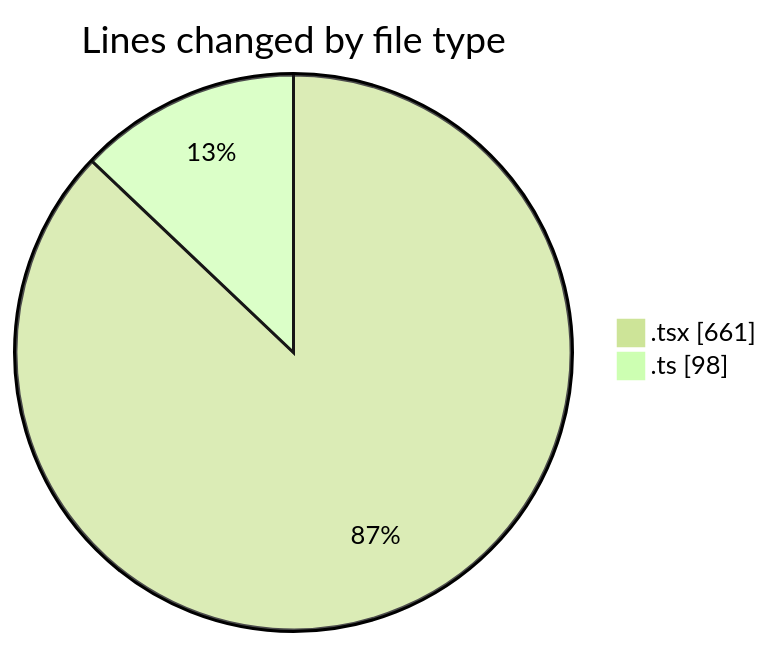
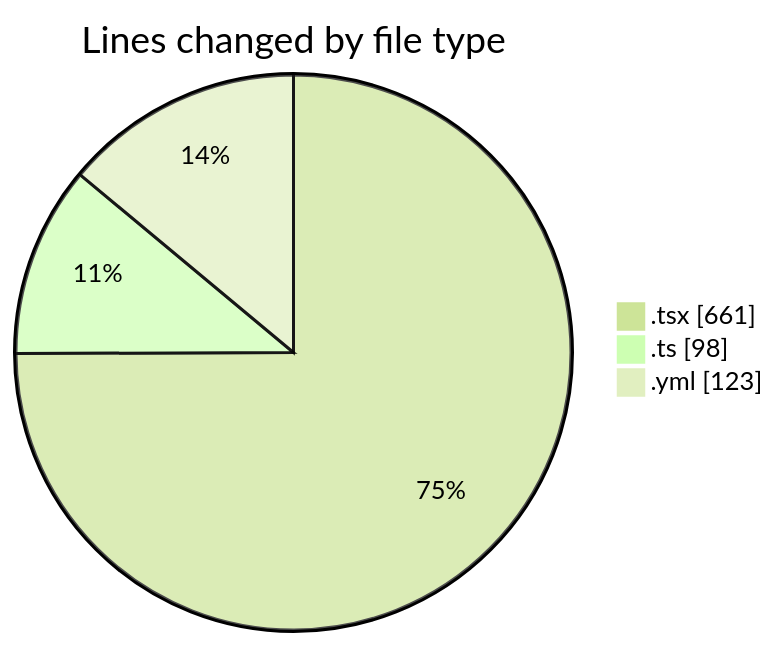
Before and after one commit to julien-gomy/code-tracking: the first of 2 diagrams in 2025-10-17/eventscop-frontend-guide__workspace_/README.md, drawn with Mermaid (forest theme). The commit also changed other lines of this file and 1 other file, not shown here.

````diff
--- a/2025-10-17/eventscop-frontend-guide__workspace_/README.md
+++ b/2025-10-17/eventscop-frontend-guide__workspace_/README.md
@@ -25,6 +26,7 @@
 ```mermaid
 pie showData
 title Lines changed by file type
 ".tsx" : 661
 ".ts" : 98
+".yml" : 123
 ```
````
